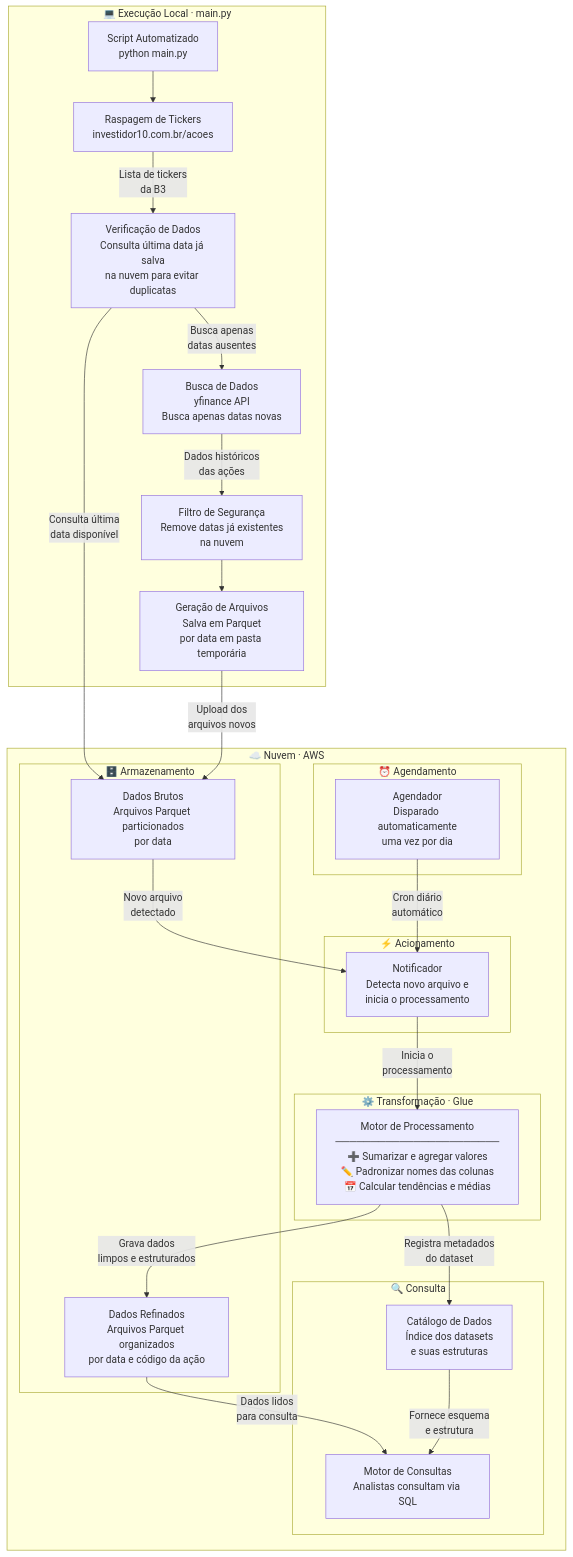
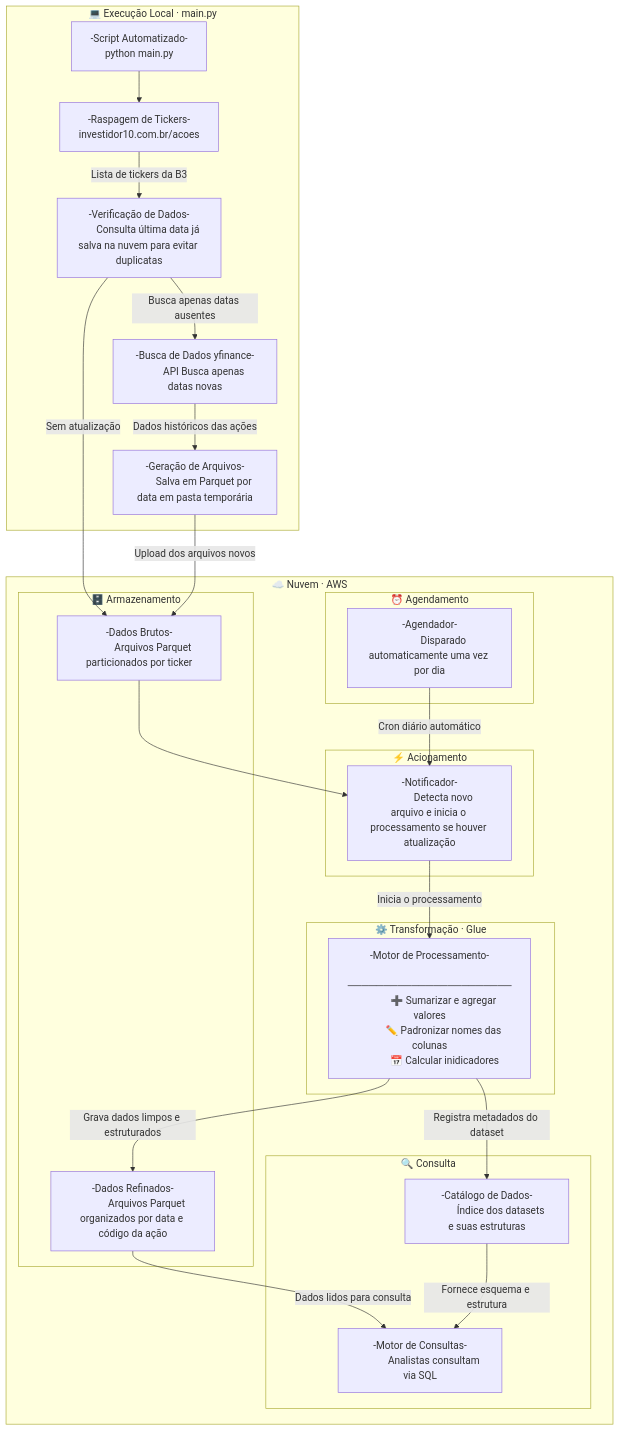
Before and after one commit to rics81/FIAP-8MLET-TechChallenge-II: the diagram in README.md, drawn with Mermaid. The commit also changed other lines of this file and 1 other file, not shown here.

Commit message:
Ajustes
Ordem de processamento dos dados da B3
Correções no README.md

````diff
--- a/README.md
+++ b/README.md
@@ -15,51 +15,64 @@
 ```mermaid
 flowchart TD
     subgraph Local["💻 Execução Local · main.py"]
-        SCRIPT["Script Automatizado\npython main.py"]
-        SCRAP["Raspagem de Tickers\ninvestidor10.com.br/acoes"]
-        CHECK["Verificação de Dados\nConsulta última data já salva\nna nuvem para evitar duplicatas"]
-        FETCH["Busca de Dados\nyfinance API\nBusca apenas datas novas"]
-        FILTER["Filtro de Segurança\nRemove datas já existentes\nna nuvem"]
-        PARQUET["Geração de Arquivos\nSalva em Parquet\npor data em pasta temporária"]
+        SCRIPT["-Script Automatizado-
+        python main.py"]
+        SCRAP["-Raspagem de Tickers-
+        investidor10.com.br/acoes"]
+        CHECK["-Verificação de Dados-
+        Consulta última data já salva na nuvem para evitar duplicatas"]
+        FETCH["-Busca de Dados yfinance-
+        API Busca apenas datas novas"]
+        PARQUET["-Geração de Arquivos-
+        Salva em Parquet por data em pasta temporária"]
     end
 
     subgraph Nuvem["☁️ Nuvem · AWS"]
         subgraph Armazenar["🗄️ Armazenamento"]
-            RAW["Dados Brutos\nArquivos Parquet particionados\npor data"]
-            REFINED["Dados Refinados\nArquivos Parquet organizados\npor data e código da ação"]
+            RAW["-Dados Brutos-
+            Arquivos Parquet particionados por ticker"]
+            REFINED["-Dados Refinados-
+            Arquivos Parquet organizados por data e código da ação"]
         end
 
         subgraph Orquestrar["⏰ Agendamento"]
-            EVENTBRIDGE["Agendador\nDisparado automaticamente\numa vez por dia"]
+            EVENTBRIDGE["-Agendador-
+            Disparado automaticamente uma vez por dia"]
         end
 
         subgraph Processar["⚡ Acionamento"]
-            LAMBDA["Notificador\nDetecta novo arquivo e\ninicia o processamento"]
+            LAMBDA["-Notificador-
+            Detecta novo arquivo e inicia o processamento se houver atualização"]
         end
 
         subgraph Transformar["⚙️ Transformação · Glue"]
-            ETL["Motor de Processamento\n───────────────────────\n➕ Sumarizar e agregar valores\n✏️ Padronizar nomes das colunas\n📅 Calcular tendências e médias"]
+            ETL["-Motor de Processamento-
+            ───────────────────────
+            ➕ Sumarizar e agregar valores
+            ✏️ Padronizar nomes das colunas
+            📅 Calcular inidicadores"]
         end
 
         subgraph Analisar["🔍 Consulta"]
-            CATALOG["Catálogo de Dados\nÍndice dos datasets\ne suas estruturas"]
-            SQL["Motor de Consultas\nAnalistas consultam via SQL"]
+            CATALOG["-Catálogo de Dados-
+            Índice dos datasets e suas estruturas"]
+            SQL["-Motor de Consultas-
+            Analistas consultam via SQL"]
         end
     end
 
     SCRIPT --> SCRAP
-    SCRAP -->|"Lista de tickers\nda B3"| CHECK
-    CHECK -->|"Consulta última\ndata disponível"| RAW
-    CHECK -->|"Busca apenas\ndatas ausentes"| FETCH
-    FETCH -->|"Dados históricos\ndas ações"| FILTER
-    FILTER --> PARQUET
-    PARQUET -->|"Upload dos\narquivos novos"| RAW
+    SCRAP -->|"Lista de tickers da B3"| CHECK
+    CHECK -->|"Sem atualização"| RAW
+    CHECK -->|"Busca apenas datas ausentes"| FETCH
+    FETCH -->|"Dados históricos das ações"| PARQUET
+    PARQUET -->|"Upload dos arquivos novos"| RAW
 
-    EVENTBRIDGE -->|"Cron diário\nautomático"| LAMBDA
-    RAW -->|"Novo arquivo\ndetectado"| LAMBDA
-    LAMBDA -->|"Inicia o\nprocessamento"| ETL
-    ETL -->|"Grava dados\nlimpos e estruturados"| REFINED
-    ETL -->|"Registra metadados\ndo dataset"| CATALOG
-    REFINED -->|"Dados lidos\npara consulta"| SQL
-    CATALOG -->|"Fornece esquema\ne estrutura"| SQL
+    EVENTBRIDGE -->|"Cron diário automático"| LAMBDA
+    RAW --> LAMBDA
+    LAMBDA -->|"Inicia o processamento"| ETL
+    ETL -->|"Grava dados limpos e estruturados"| REFINED
+    ETL -->|"Registra metadados do dataset"| CATALOG
+    REFINED -->|"Dados lidos para consulta"| SQL
+    CATALOG -->|"Fornece esquema e estrutura"| SQL
 ```
````
